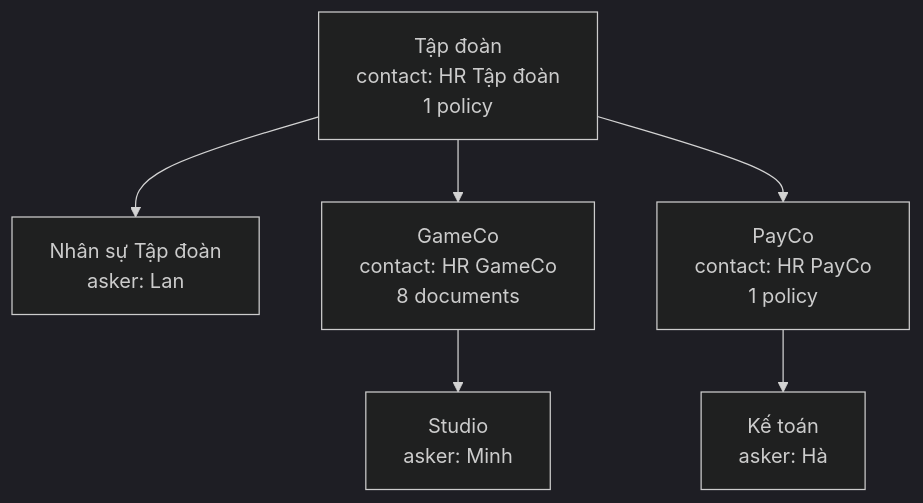
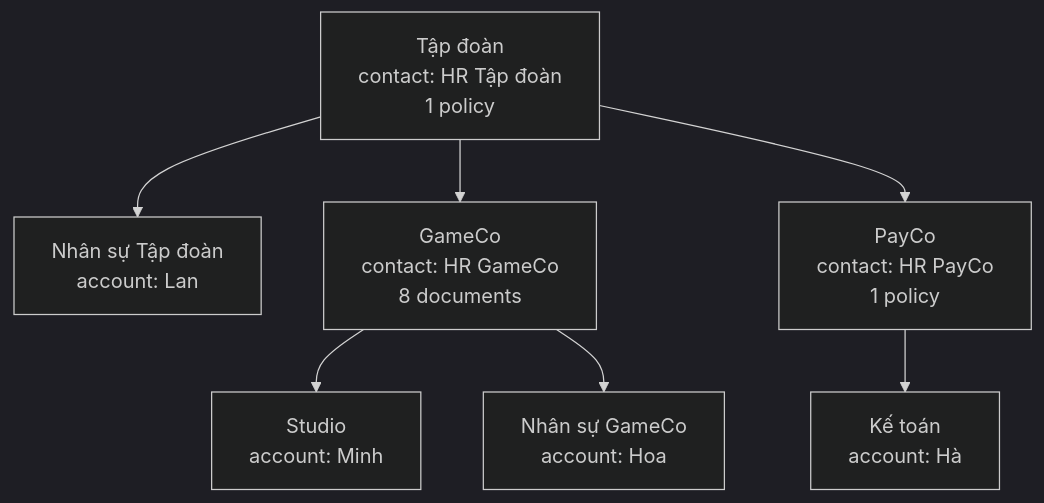
One commit to Park-Hip/next-gen-2026 changed the second of 2 diagrams in docs/architecture.md. Above: the diagram before and after it, drawn with Mermaid (dark theme). The commit also changed other lines of this file, not shown here.

Commit message:
Rewrite the architecture page in plain language

````diff
--- a/docs/architecture.md
+++ b/docs/architecture.md
@@ -123,12 +197,14 @@
 ```mermaid
 flowchart TD
     group["Tập đoàn<br/>contact: HR Tập đoàn<br/>1 policy"]
-    hrg["Nhân sự Tập đoàn<br/>asker: Lan"]
+    hrg["Nhân sự Tập đoàn<br/>account: Lan"]
     gameco["GameCo<br/>contact: HR GameCo<br/>8 documents"]
-    studio["Studio<br/>asker: Minh"]
+    studio["Studio<br/>account: Minh"]
+    hrgc["Nhân sự GameCo<br/>account: Hoa"]
     payco["PayCo<br/>contact: HR PayCo<br/>1 policy"]
-    acc["Kế toán<br/>asker: Hà"]
+    acc["Kế toán<br/>account: Hà"]
     group --> hrg
     group --> gameco --> studio
+    gameco --> hrgc
     group --> payco --> acc
 ```
````
